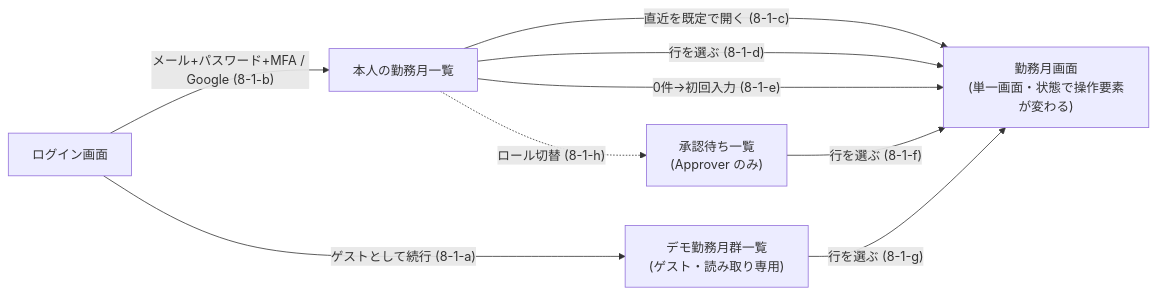
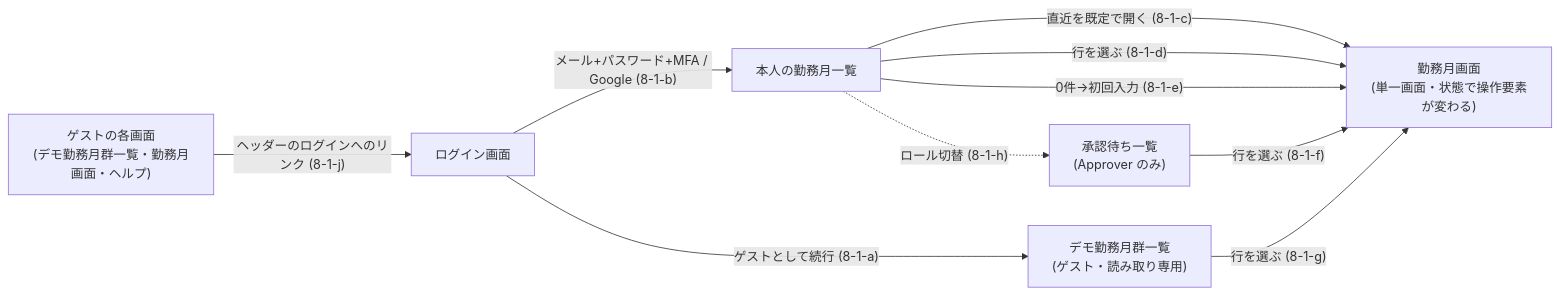
One commit to h-k741953/effort-tracker changed the first of 3 diagrams in docs/specs/design-system.md. Above: the diagram before and after it, drawn with Mermaid. The commit also changed other lines of this file and 12 other files, not shown here.

````diff
--- a/docs/specs/design-system.md
+++ b/docs/specs/design-system.md
@@ -271,17 +443,19 @@
 ```mermaid
 flowchart LR
     Login["ログイン画面"]
     Demo["デモ勤務月群一覧<br/>(ゲスト・読み取り専用)"]
     Mine["本人の勤務月一覧"]
     Pending["承認待ち一覧<br/>(Approver のみ)"]
     WM["勤務月画面<br/>(単一画面・状態で操作要素が変わる)"]
+    Guest["ゲストの各画面<br/>(デモ勤務月群一覧・勤務月画面・ヘルプ)"]
 
     Login -->|"ゲストとして続行 (8-1-a)"| Demo
     Login -->|"メール+パスワード+MFA / Google (8-1-b)"| Mine
     Mine -->|"直近を既定で開く (8-1-c)"| WM
     Mine -->|"行を選ぶ (8-1-d)"| WM
     Mine -->|"0件→初回入力 (8-1-e)"| WM
     Pending -->|"行を選ぶ (8-1-f)"| WM
     Demo -->|"行を選ぶ (8-1-g)"| WM
     Mine -.->|"ロール切替 (8-1-h)"| Pending
+    Guest -->|"ヘッダーのログインへのリンク (8-1-j)"| Login
 ```
````
